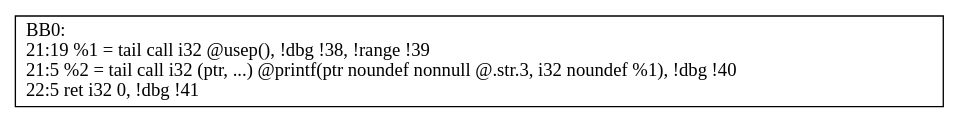
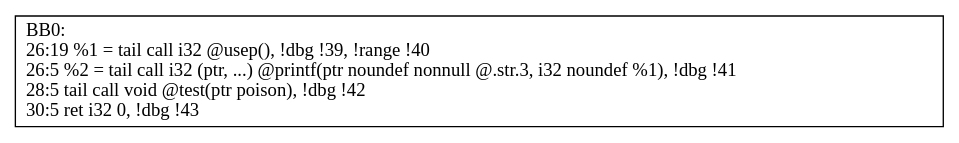
The diagram in output/demo1.ll_main_CFG.dot (M-ouse/FinalDesign), drawn with Graphviz before and after one commit. The commit also changed 12 other files, not shown here.

```diff
--- a/output/demo1.ll_main_CFG.dot
+++ b/output/demo1.ll_main_CFG.dot
@@ -1,3 +1,3 @@
 digraph "CFG for'main' function" {
-	BB0 [shape=record, label="{BB0:\l21:19   %1 = tail call i32 @usep(), !dbg !38, !range !39\l 21:5   %2 = tail call i32 (ptr, ...) @printf(ptr noundef nonnull @.str.3, i32 noundef %1), !dbg !40\l 22:5   ret i32 0, !dbg !41\l }"];
+	BB0 [shape=record, label="{BB0:\l26:19   %1 = tail call i32 @usep(), !dbg !39, !range !40\l 26:5   %2 = tail call i32 (ptr, ...) @printf(ptr noundef nonnull @.str.3, i32 noundef %1), !dbg !41\l 28:5   tail call void @test(ptr poison), !dbg !42\l 30:5   ret i32 0, !dbg !43\l }"];
 }
```
